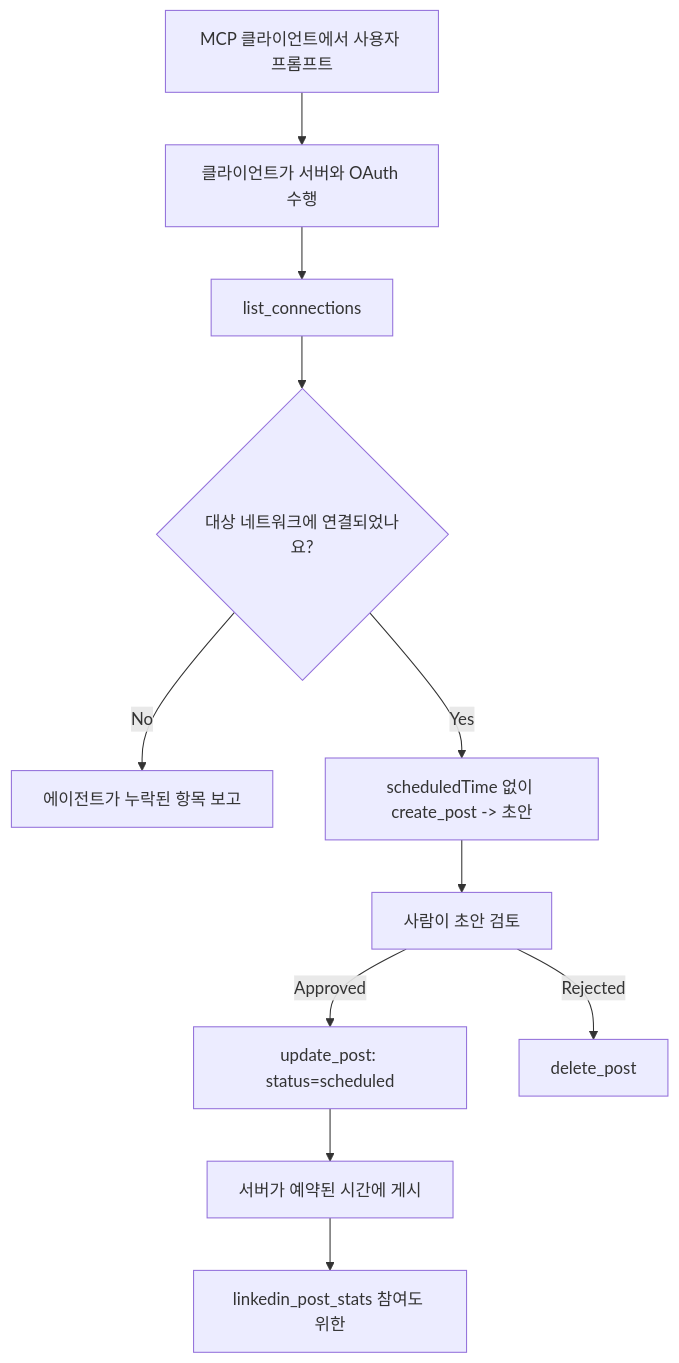
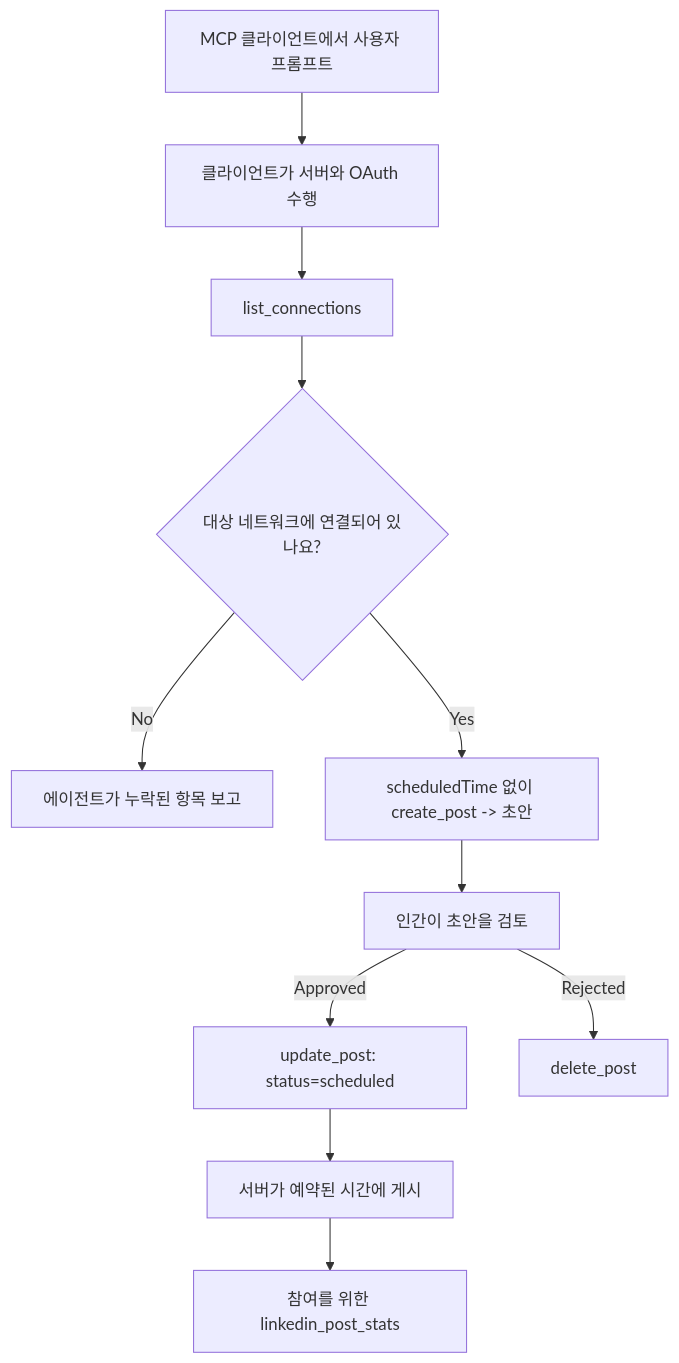
One commit to microsoft/mcp-for-beginners changed the diagram in translations/ko/09-CaseStudy/publora-social-publishing.md. Above: the diagram before and after it, drawn with Mermaid. The commit also changed other lines of this file and 110 other files, not shown here.

````diff
--- a/translations/ko/09-CaseStudy/publora-social-publishing.md
+++ b/translations/ko/09-CaseStudy/publora-social-publishing.md
@@ -47,13 +47,13 @@
 ```mermaid
 flowchart TD
     A[MCP 클라이언트에서 사용자 프롬프트] --> B[클라이언트가 서버와 OAuth 수행]
     B --> C[list_connections]
-    C --> D{대상 네트워크에 연결되었나요?}
+    C --> D{대상 네트워크에 연결되어 있나요?}
     D -- No --> E[에이전트가 누락된 항목 보고]
     D -- Yes --> F[scheduledTime 없이 create_post -> 초안]
-    F --> G[사람이 초안 검토]
+    F --> G[인간이 초안을 검토]
     G -- Approved --> H[update_post: status=scheduled]
     G -- Rejected --> I[delete_post]
     H --> J[서버가 예약된 시간에 게시]
-    J --> K[linkedin_post_stats 참여도 위한]
+    J --> K[참여를 위한 linkedin_post_stats]
 ```
````
